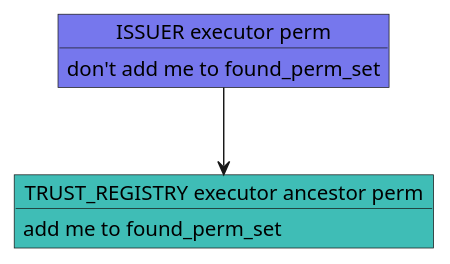
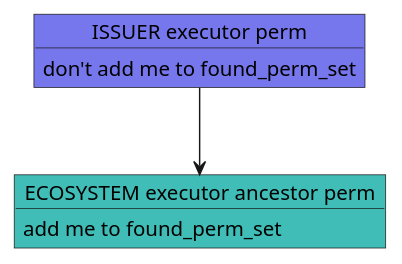
Diagram 12 of 15 in spec.md (verana-labs/verifiable-trust-vpr-spec), drawn with PlantUML before and after one commit. The commit also changed other lines of this file and 1 other file, not shown here.

````diff
--- a/spec.md
+++ b/spec.md
@@ -2869,16 +2997,16 @@
 ```plantuml
 
 @startuml
 scale max 800 width
-object "TRUST_REGISTRY executor ancestor perm" as tr #3fbdb6 {
+object "ECOSYSTEM executor ancestor perm" as tr #3fbdb6 {
   add me to found_perm_set
 }
 object "ISSUER executor perm" as i #7677ed {
   don't add me to found_perm_set
 }
 
 
 i --> tr
 @enduml
 
 ```
````
